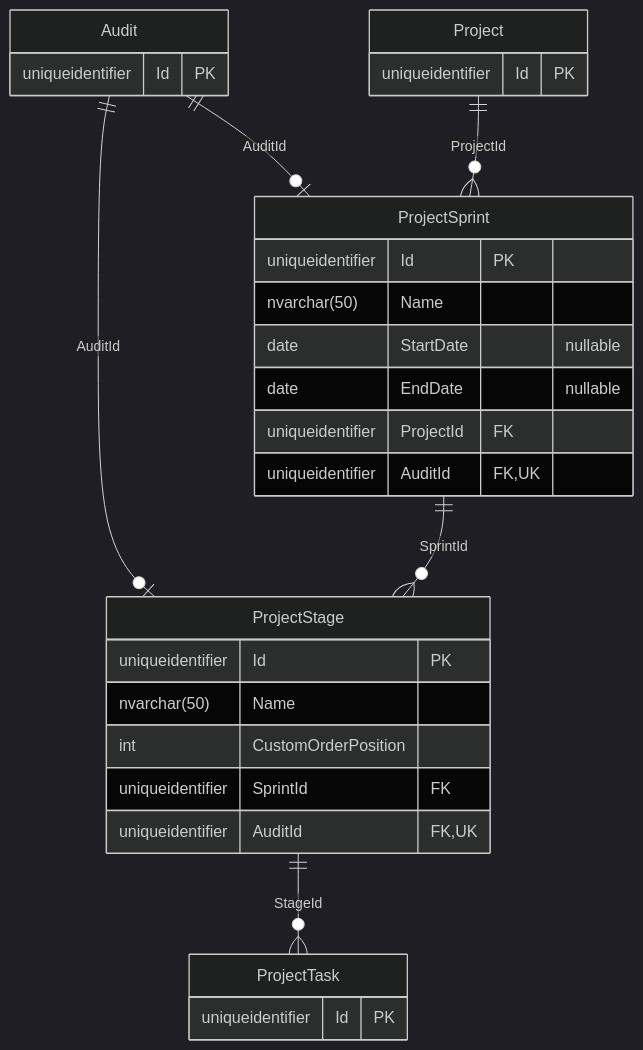
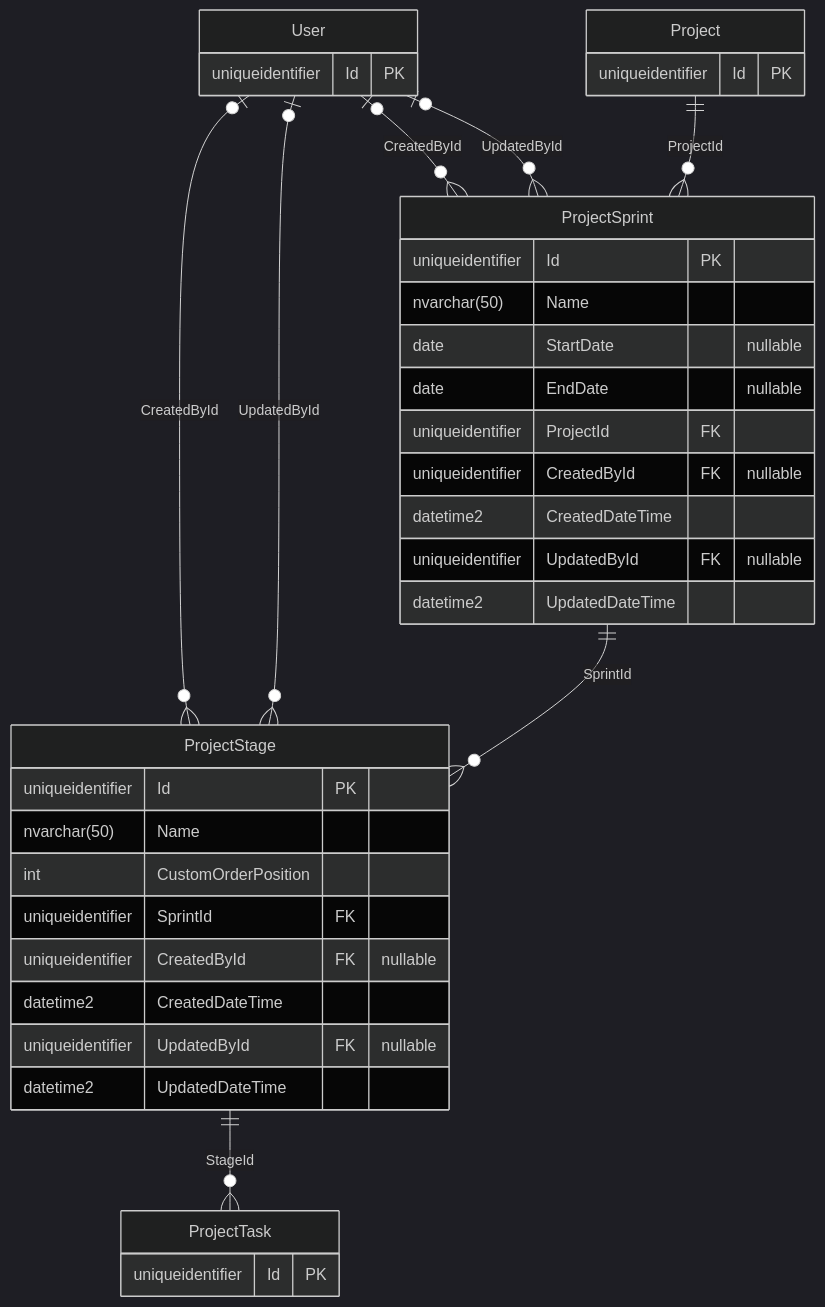
Before and after one commit to mihai2000q/ConsiliumTempus-be: the diagram in docs/database-diagrams/aggregates/Diagram.ProjectSprint.md, drawn with Mermaid (dark theme). The commit also changed other lines of this file and 26 other files, not shown here.

Commit message:
#284 Domain - Add Audit on Project, ProjectTask and Workspace and refactor it on Project Status, Project Sprint, Project Stage and CustomFieldSetup

````diff
--- a/docs/database-diagrams/aggregates/Diagram.ProjectSprint.md
+++ b/docs/database-diagrams/aggregates/Diagram.ProjectSprint.md
@@ -22,33 +24,41 @@
 ```mermaid
 erDiagram
-    Audit ||--o| ProjectSprint : "AuditId"
+    User |o--o{ ProjectSprint : "CreatedById"
+    User |o--o{ ProjectSprint : "UpdatedById"
     Project ||--o{ ProjectSprint : "ProjectId"
-    Audit ||--o| ProjectStage : "AuditId"
+    User |o--o{ ProjectStage : "CreatedById"
+    User |o--o{ ProjectStage : "UpdatedById"
     ProjectSprint ||--o{ ProjectStage : "SprintId"
     ProjectStage ||--o{ ProjectTask : "StageId"
 
     ProjectSprint {
         uniqueidentifier Id PK
         nvarchar(50) Name
         date StartDate "nullable"
         date EndDate "nullable"
         uniqueidentifier ProjectId FK
-        uniqueidentifier AuditId FK, UK
+        uniqueidentifier CreatedById FK "nullable"
+        datetime2 CreatedDateTime
+        uniqueidentifier UpdatedById FK "nullable"
+        datetime2 UpdatedDateTime
     }
     ProjectStage {
         uniqueidentifier Id PK
         nvarchar(50) Name
         int CustomOrderPosition
         uniqueidentifier SprintId FK
-        uniqueidentifier AuditId FK, UK
+        uniqueidentifier CreatedById FK "nullable"
+        datetime2 CreatedDateTime
+        uniqueidentifier UpdatedById FK "nullable"
+        datetime2 UpdatedDateTime
     }
-    Audit {
+    User {
         uniqueidentifier Id PK
     }
     Project {
         uniqueidentifier Id PK
     }
     ProjectTask {
         uniqueidentifier Id PK
     }
 ```
````
